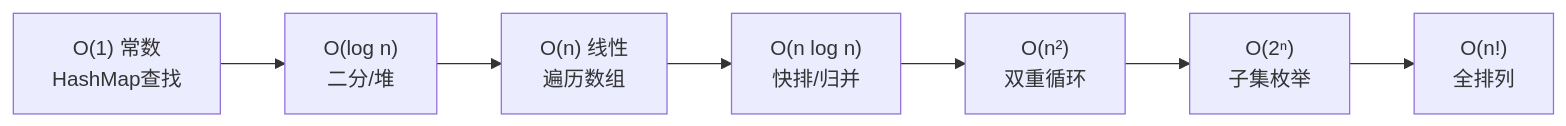
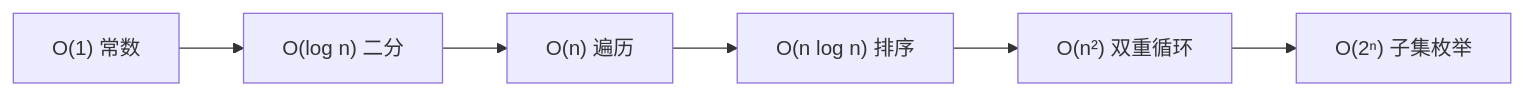
One commit to SilkLee/full-stack-guide changed the diagram in dsa-deep-dive.md. Above: the diagram before and after it, drawn with Mermaid. The commit also changed other lines of this file, not shown here.

Commit message:
Final DSA: 16 chapters with diagram+code+Spring mapping, 50+ Java implementations

````diff
--- a/dsa-deep-dive.md
+++ b/dsa-deep-dive.md
@@ -43,9 +30,8 @@
 ```mermaid
 flowchart LR
-    O1["O(1) 常数<br/>HashMap查找"] --> Ologn["O(log n)<br/>二分/堆"]
-    Ologn --> On["O(n) 线性<br/>遍历数组"]
-    On --> Onlogn["O(n log n)<br/>快排/归并"]
-    Onlogn --> On2["O(n²)<br/>双重循环"]
-    On2 --> O2n["O(2ⁿ)<br/>子集枚举"]
-    O2n --> Onf["O(n!)<br/>全排列"]
+    O1["O(1) 常数"] --> Ologn["O(log n) 二分"]
+    Ologn --> On["O(n) 遍历"]
+    On --> Onlogn["O(n log n) 排序"]
+    Onlogn --> On2["O(n²) 双重循环"]
+    On2 --> O2n["O(2ⁿ) 子集枚举"]
 ```
````
